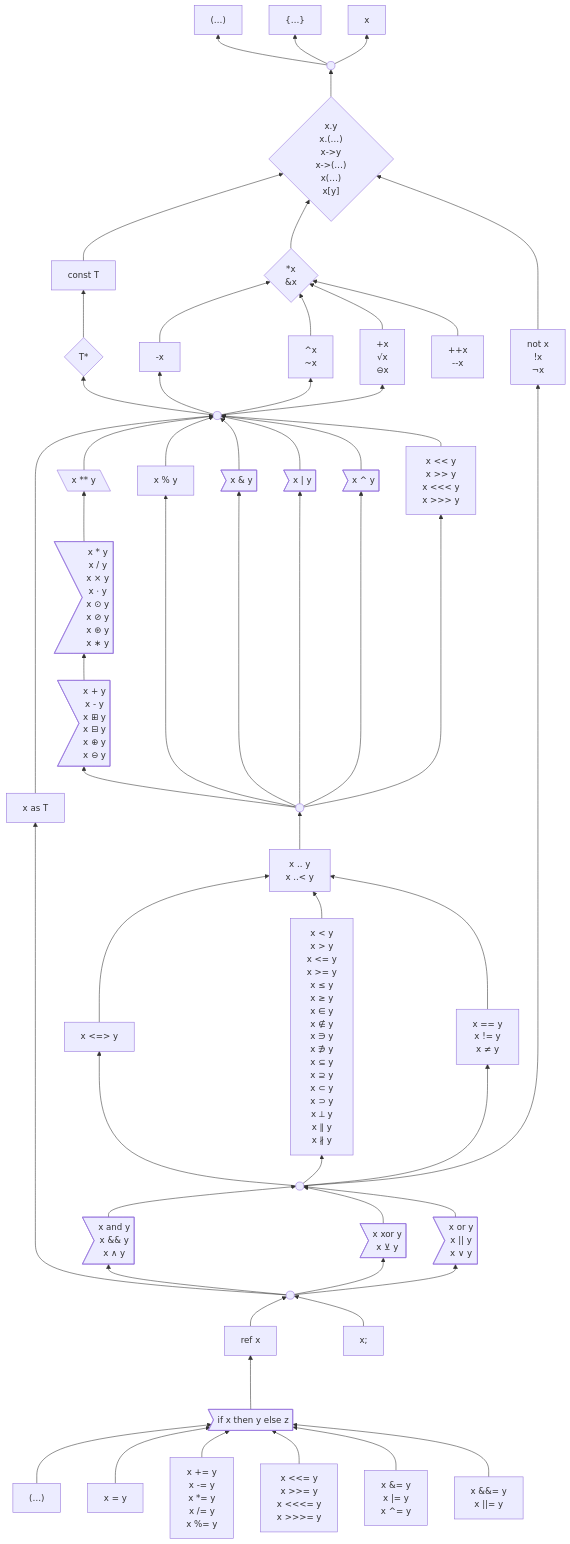
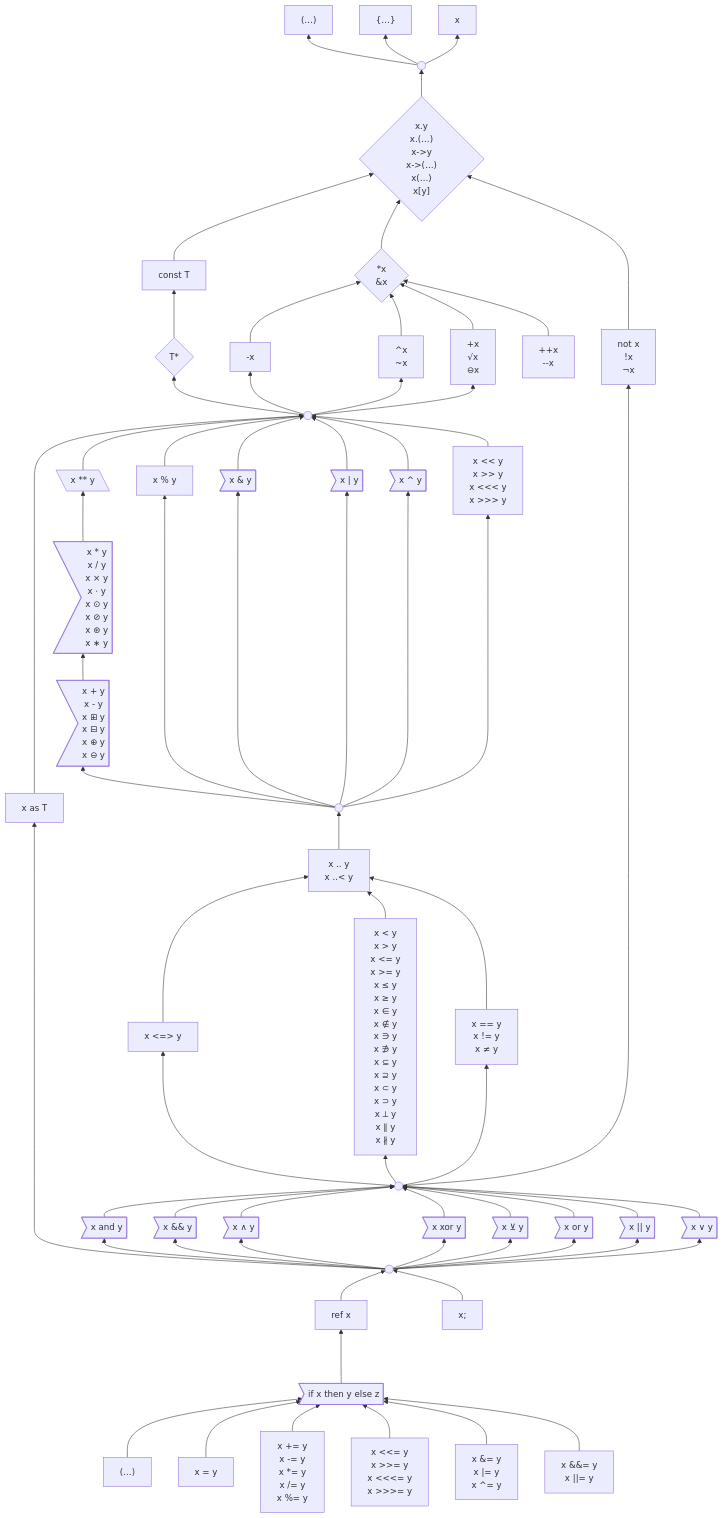
Before and after one commit to laro/Cilia: the first of 2 diagrams in 6 .../2 Unfinished Ideas.md, drawn with Mermaid. The commit also changed other lines of this file, not shown here.

Commit message:
Update 2 Unfinished Ideas.md

```diff
--- a/6 .../2 Unfinished Ideas.md
+++ b/6 .../2 Unfinished Ideas.md
@@ -263,16 +263,21 @@
 
     logicalOperand((" "))
 
-    and>"x and y
-         x && y
-         x ∧ y"]
+    and>"x and y"]
 
-    logicalXor>"x xor y
-                x ⊻ y"]
+    andAmp>"x && y"]
 
-    or>"x or y
-        x || y
-        x ∨ y"]
+    andSym>"x ∧ y"]
+
+    logicalXor>"x xor y"]
+
+    logicalXorSym>"x ⊻ y"]
+
+    or>"x or y"]
+
+    orAmp>"x || y"]
+
+    orSym>"x ∨ y"]
 
     logicalExpression((" "))
 
@@ -335,12 +340,12 @@
     threeWay & comparison & equality --> range
     logicalOperand --> threeWay & comparison & equality & not
 
-    %% This helps group `and`, `xor` and `or` together
+    %% This helps group the logical operators together
     classDef hidden display: none;
     HIDDEN:::hidden ~~~ logicalOperand
 
-    and & logicalXor & or --> logicalOperand
-    logicalExpression --> as & and & logicalXor & or
+    and & andAmp & andSym & logicalXor & logicalXorSym & or & orAmp & orSym --> logicalOperand
+    logicalExpression --> as & and & andAmp & andSym & logicalXor & logicalXorSym & or & orAmp & orSym
     ref & expressionStatement --> logicalExpression
     if ---> ref
     insideParens & assignPlain & assignArithmetic & assignShift & assignBitwise & assignLogical --> if
```
